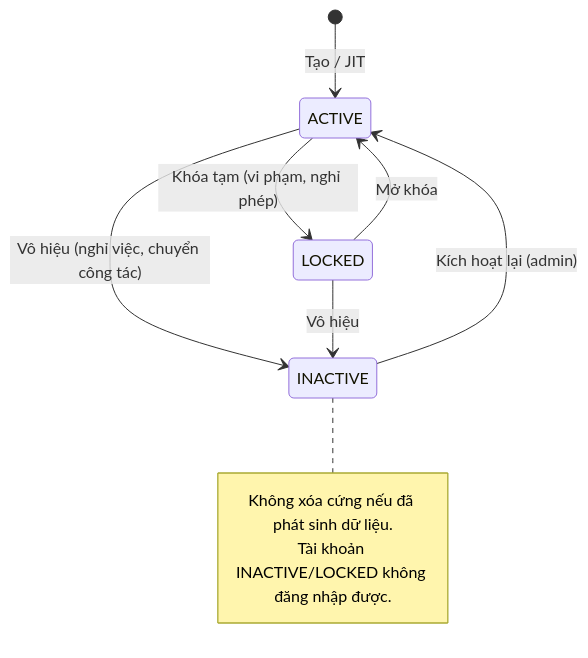
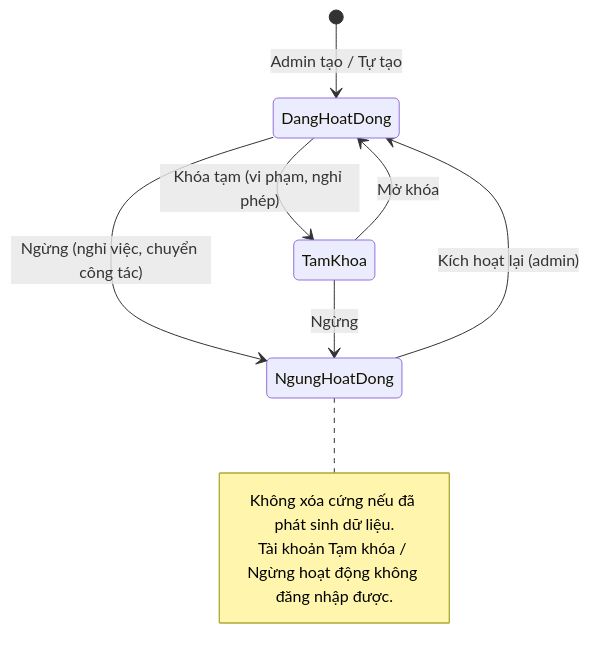
The third of 5 diagrams in docs/features/B03-quan-ly-nguoi-dung/spec.md (PTZero2026/rms-docs), drawn with Mermaid before and after one commit. The commit also changed other lines of this file and 13 other files, not shown here.

````diff
--- a/docs/features/B03-quan-ly-nguoi-dung/spec.md
+++ b/docs/features/B03-quan-ly-nguoi-dung/spec.md
@@ -83,13 +102,13 @@
 ```mermaid
 stateDiagram-v2
-    [*] --> ACTIVE : Tạo / JIT
-    ACTIVE --> LOCKED : Khóa tạm (vi phạm, nghỉ phép)
-    LOCKED --> ACTIVE : Mở khóa
-    ACTIVE --> INACTIVE : Vô hiệu (nghỉ việc, chuyển công tác)
-    LOCKED --> INACTIVE : Vô hiệu
-    INACTIVE --> ACTIVE : Kích hoạt lại (admin)
-    note right of INACTIVE
+    [*] --> DangHoatDong : Admin tạo / Tự tạo
+    DangHoatDong --> TamKhoa : Khóa tạm (vi phạm, nghỉ phép)
+    TamKhoa --> DangHoatDong : Mở khóa
+    DangHoatDong --> NgungHoatDong : Ngừng (nghỉ việc, chuyển công tác)
+    TamKhoa --> NgungHoatDong : Ngừng
+    NgungHoatDong --> DangHoatDong : Kích hoạt lại (admin)
+    note right of NgungHoatDong
         Không xóa cứng nếu đã phát sinh dữ liệu.
-        Tài khoản INACTIVE/LOCKED không đăng nhập được.
+        Tài khoản Tạm khóa / Ngừng hoạt động không đăng nhập được.
     end note
 ```
````
